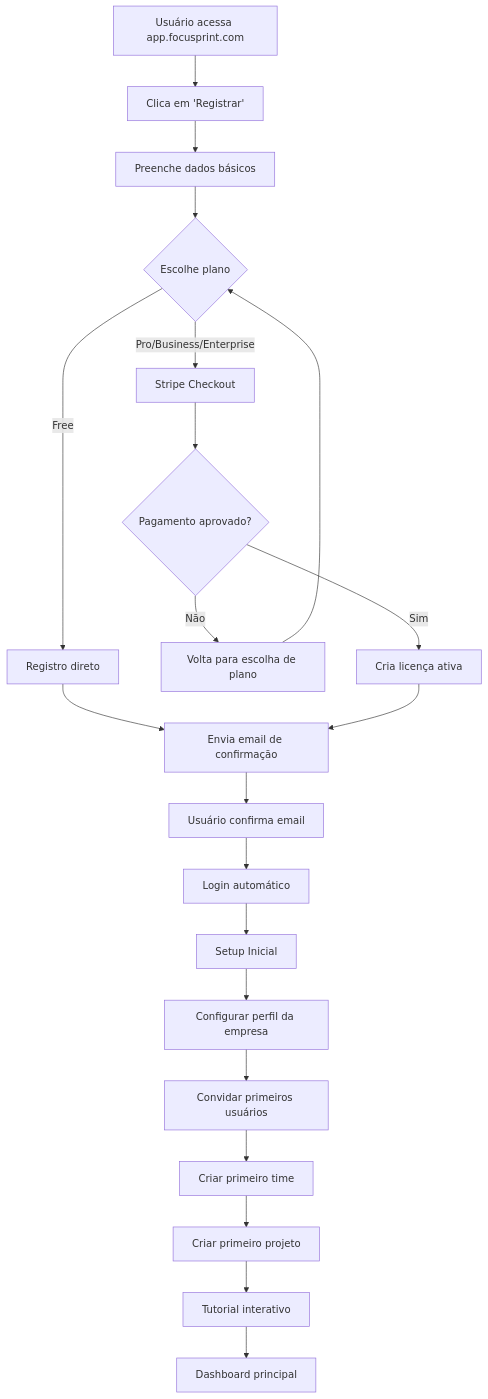
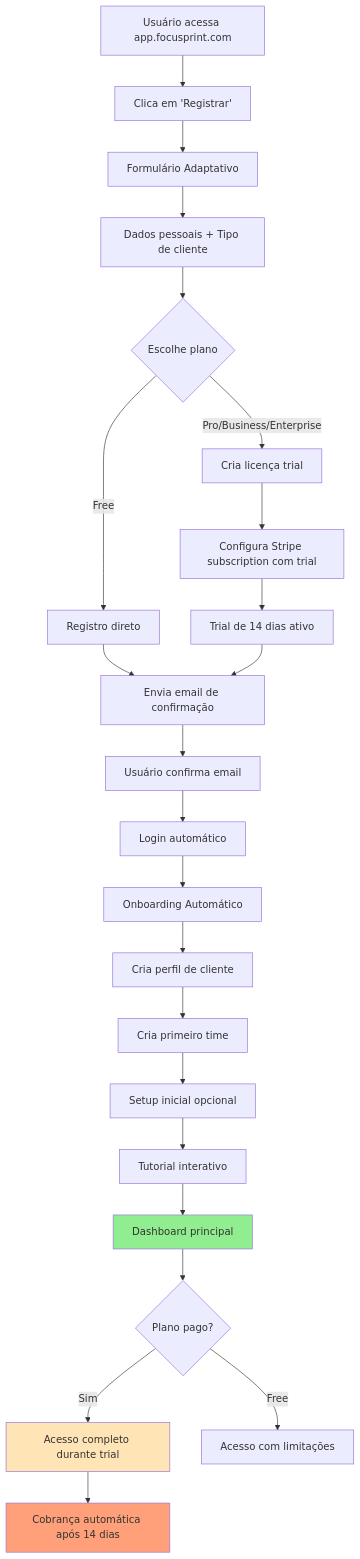
The seventh of 10 diagrams in product-requirements.md (jonatas-setor/focusprint), drawn with Mermaid before and after one commit. The commit also changed other lines of this file and 2 other files, not shown here.

Commit message:
Atualiza PRD e onboarding: remove perguntas de tamanho, simplifica formulário de registro

````diff
--- a/product-requirements.md
+++ b/product-requirements.md
@@ -2860,29 +3069,36 @@
 ```mermaid
 flowchart TD
     A[Usuário acessa app.focusprint.com] --> B[Clica em 'Registrar']
-    B --> C[Preenche dados básicos]
-    C --> D{Escolhe plano}
+    B --> C[Formulário Adaptativo]
+    C --> D[Dados pessoais + Tipo de cliente]
+    D --> E{Escolhe plano}
 
-    D -->|Free| E[Registro direto]
-    D -->|Pro/Business/Enterprise| F[Stripe Checkout]
+    E -->|Free| F[Registro direto]
+    E -->|Pro/Business/Enterprise| G[Cria licença trial]
 
-    F --> G{Pagamento aprovado?}
-    G -->|Não| H[Volta para escolha de plano]
-    G -->|Sim| I[Cria licença ativa]
+    G --> H[Configura Stripe subscription com trial]
+    H --> I[Trial de 14 dias ativo]
 
-    E --> J[Envia email de confirmação]
+    F --> J[Envia email de confirmação]
     I --> J
 
     J --> K[Usuário confirma email]
     K --> L[Login automático]
-    L --> M[Setup Inicial]
+    L --> M[Onboarding Automático]
 
-    M --> N[Configurar perfil da empresa]
-    N --> O[Convidar primeiros usuários]
-    O --> P[Criar primeiro time]
-    P --> Q[Criar primeiro projeto]
-    Q --> R[Tutorial interativo]
-    R --> S[Dashboard principal]
+    M --> N[Cria perfil de cliente]
+    N --> O[Cria primeiro time]
+    O --> P[Setup inicial opcional]
+    P --> Q[Tutorial interativo]
+    Q --> R[Dashboard principal]
 
-    H --> D
+    R --> S{Plano pago?}
+    S -->|Sim| T[Acesso completo durante trial]
+    S -->|Free| U[Acesso com limitações]
+
+    T --> V[Cobrança automática após 14 dias]
+
+    style R fill:#90EE90
+    style T fill:#FFE4B5
+    style V fill:#FFA07A
 ```
````
